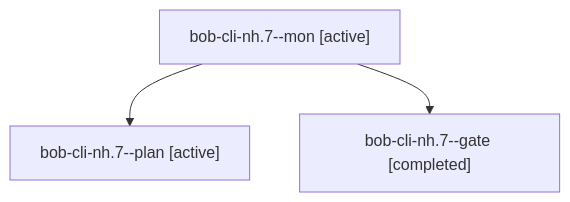
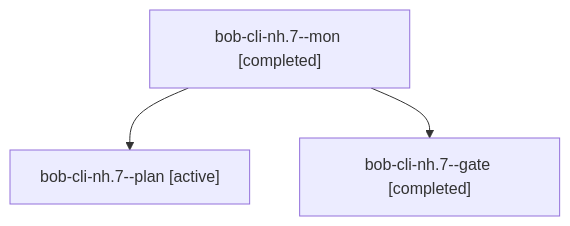
The diagram in sessions/bbugyi200.athena.bob-cli-nh.7.md (bobs-org/bob-cli--agents), drawn with Mermaid before and after one commit. The commit also changed other lines of this file and 151 other files, not shown here.

````diff
--- a/sessions/bbugyi200.athena.bob-cli-nh.7.md
+++ b/sessions/bbugyi200.athena.bob-cli-nh.7.md
@@ -9,8 +9,8 @@
 ```mermaid
 flowchart TD
-  n0["bob-cli-nh.7--mon [active]"]
+  n0["bob-cli-nh.7--mon [completed]"]
   n1["bob-cli-nh.7--plan [active]"]
   n0 --> n1
   n2["bob-cli-nh.7--gate [completed]"]
   n0 --> n2
 ```
````
